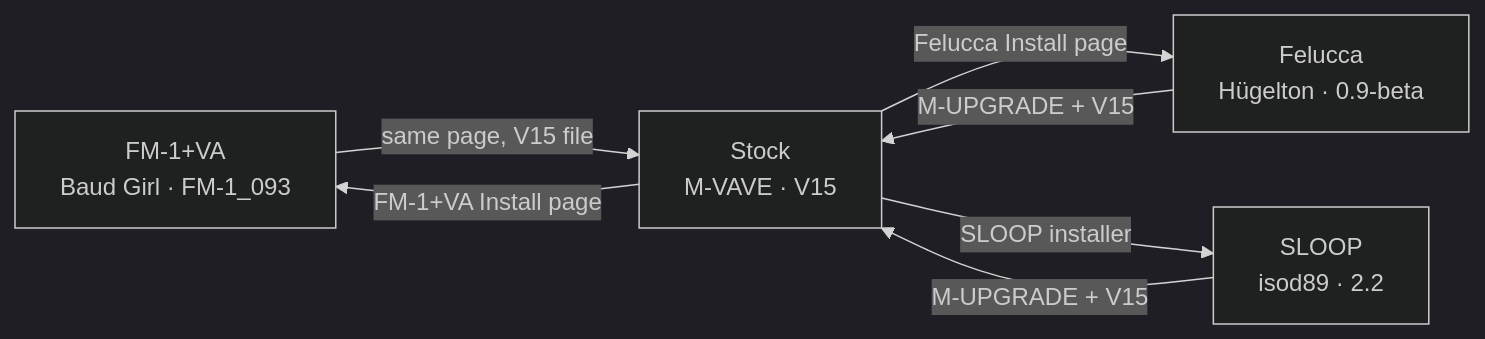
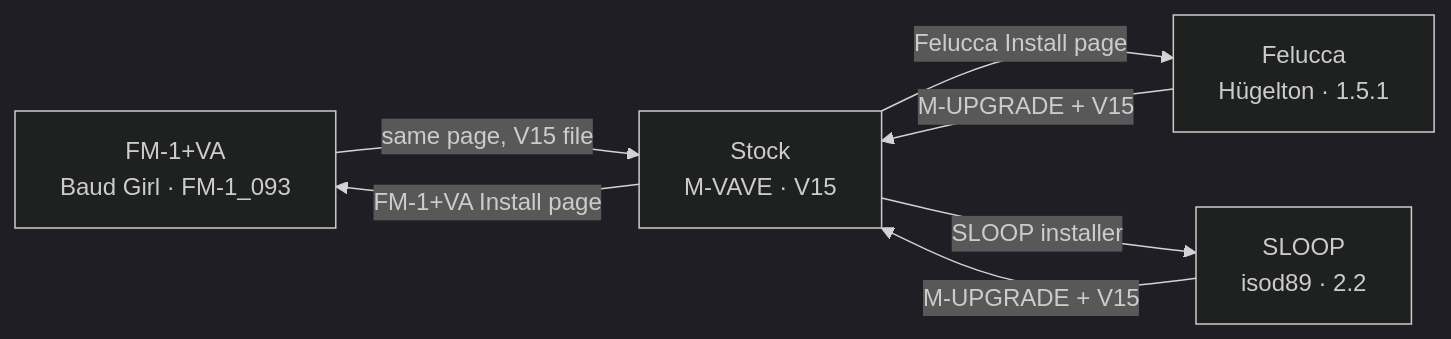
Before and after one commit to benny-sparra/fm1-dx7-patch-importer: the diagram in docs/switching-firmware.md, drawn with Mermaid (dark theme). The commit also changed other lines of this file and 2 other files, not shown here.

First line of the commit message:
Update the Felucca notes for 1.5.1

````diff
--- a/docs/switching-firmware.md
+++ b/docs/switching-firmware.md
@@ -13,13 +14,13 @@
 ```mermaid
 flowchart LR
   VA["FM-1+VA<br/>Baud Girl · FM-1_093"]
   Stock["Stock<br/>M-VAVE · V15"]
-  Felucca["Felucca<br/>Hügelton · 0.9-beta"]
+  Felucca["Felucca<br/>Hügelton · 1.5.1"]
   Sloop["SLOOP<br/>isod89 · 2.2"]
   Stock -- "FM-1+VA Install page" --> VA
   VA -- "same page, V15 file" --> Stock
   Stock -- "Felucca Install page" --> Felucca
   Felucca -- "M-UPGRADE + V15" --> Stock
   Stock -- "SLOOP installer" --> Sloop
   Sloop -- "M-UPGRADE + V15" --> Stock
 ```
````
